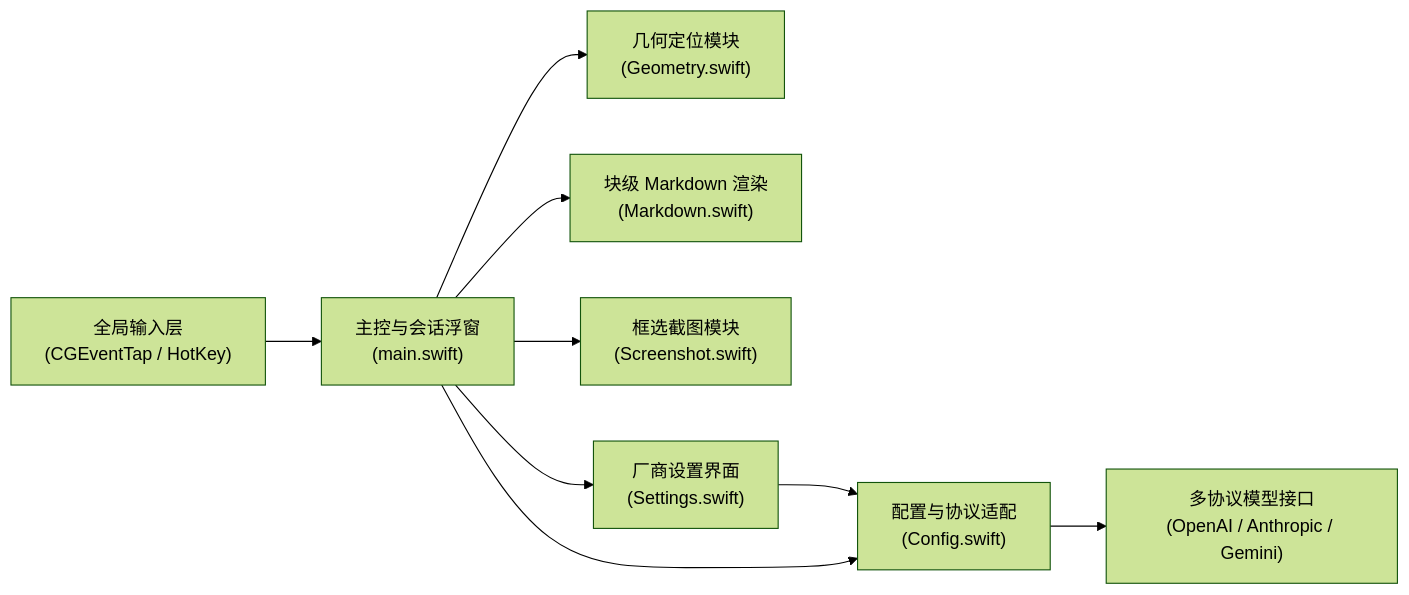
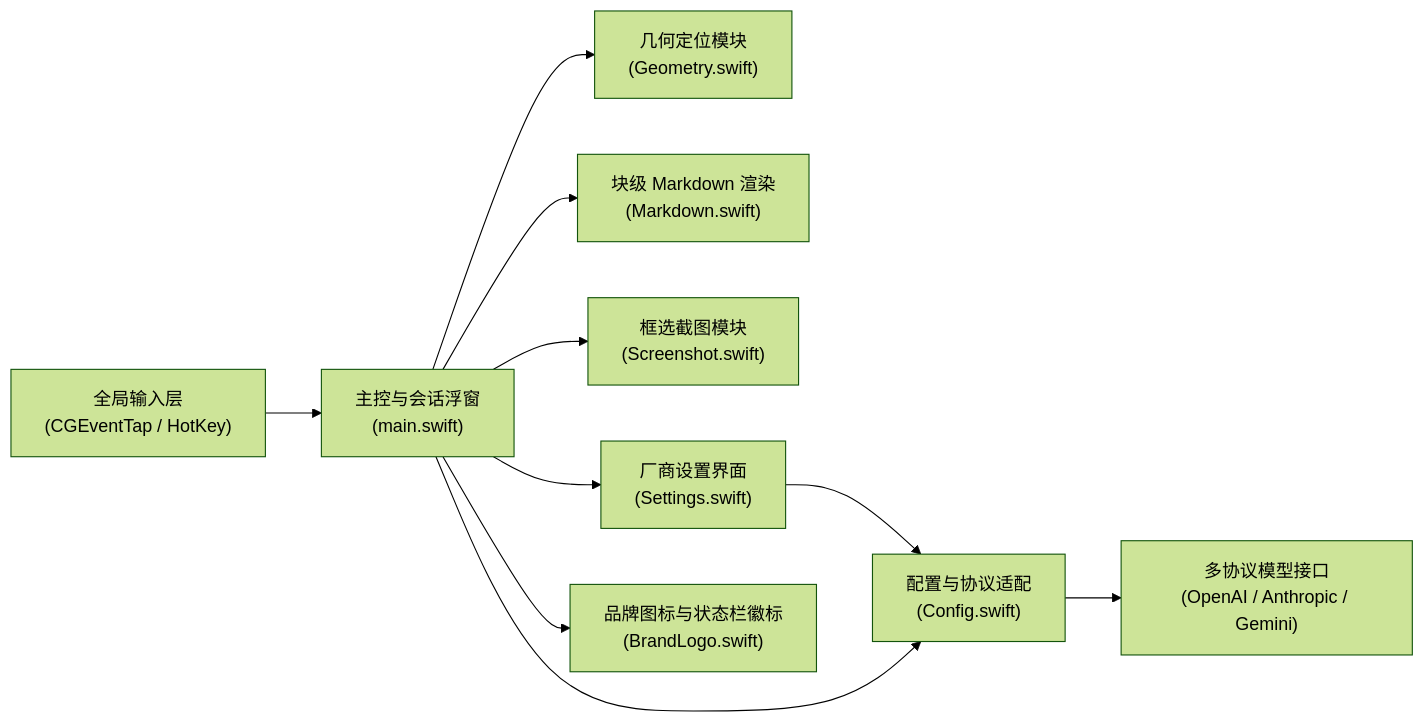
One commit to nanzhi84/Glint changed the first of 2 diagrams in docs/architecture/overview.md. Above: the diagram before and after it, drawn with Mermaid (forest theme). The commit also changed other lines of this file and 16 other files, not shown here.

Commit message:
feat(brand,lang): 新增 Claude 暖纸赤陶星芒品牌视觉(BrandLogo.swift 矢量绘制应用图标/菜单栏 18×18 自适应明暗图标,build.sh 打包生成 popdict.icns,附 images/logo.svg);新增「语言」偏好设置标签页,内置 11 种目标语言,翻译/解释 Prompt 共用 <languages> 占位符并支持自定义,移除旧版单汉字误判逻辑;重写 README 门面(居中 Logo + demo.mp4/gif 演示 + Core ideas/Get started/Learn more),补品牌资产与语言 Prompt 黑盒测试

````diff
--- a/docs/architecture/overview.md
+++ b/docs/architecture/overview.md
@@ -7,11 +7,12 @@
 ```mermaid
 flowchart LR
     EventTap["全局输入层\n(CGEventTap / HotKey)"] --> AppCore["主控与会话浮窗\n(main.swift)"]
     AppCore --> Geo["几何定位模块\n(Geometry.swift)"]
     AppCore --> MD["块级 Markdown 渲染\n(Markdown.swift)"]
     AppCore --> Capture["框选截图模块\n(Screenshot.swift)"]
     AppCore --> SettingsUI["厂商设置界面\n(Settings.swift)"]
+    AppCore --> Brand["品牌图标与状态栏徽标\n(BrandLogo.swift)"]
     SettingsUI --> Config["配置与协议适配\n(Config.swift)"]
     AppCore --> Config
     Config --> LLM["多协议模型接口\n(OpenAI / Anthropic / Gemini)"]
 ```
````
